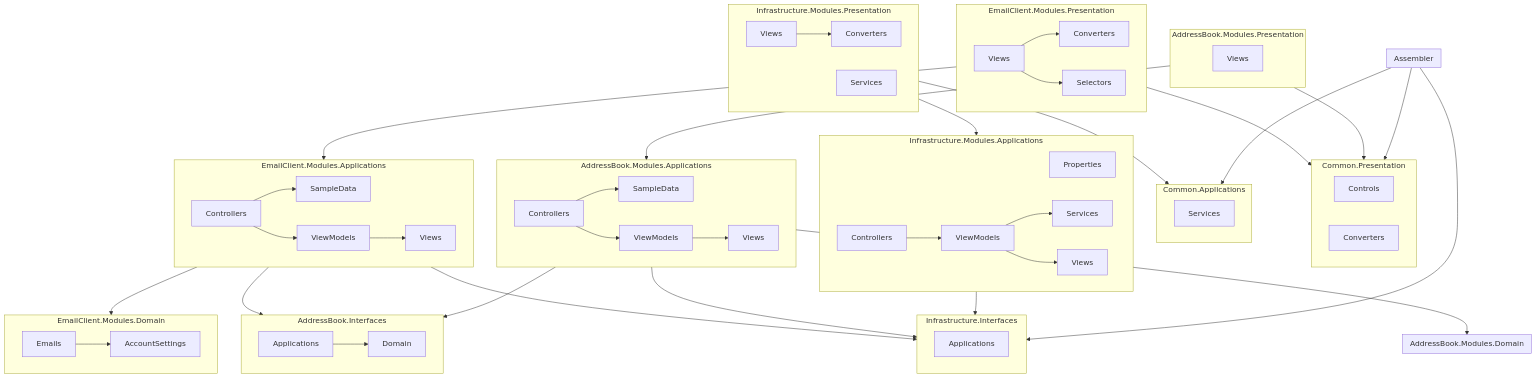
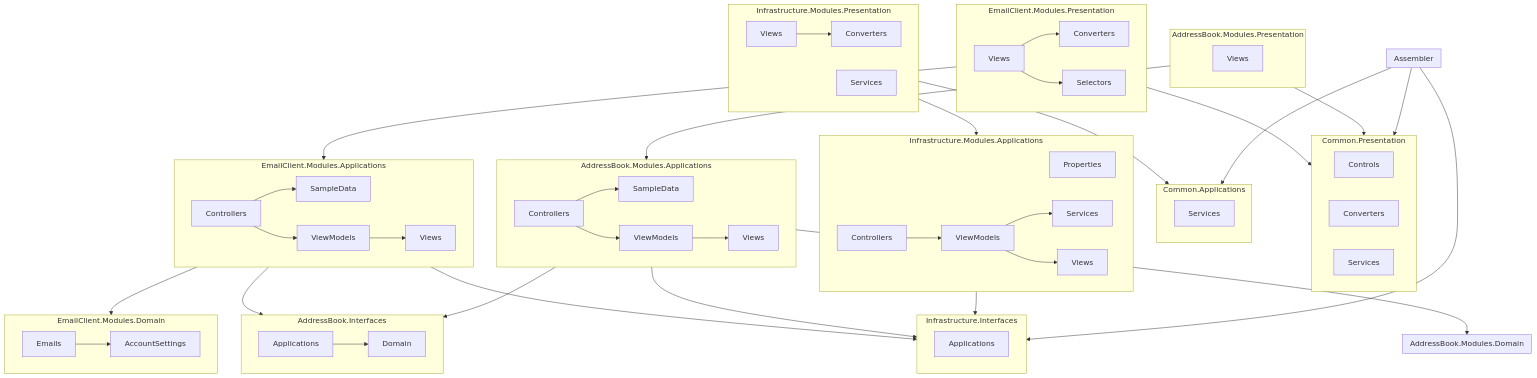
Before and after one commit to jbe2277/waf: the diagram in src/System.Waf/Samples/InformationManager/Architecture.md, drawn with Mermaid. The commit also changed 19 other files, not shown here.

```diff
--- a/src/System.Waf/Samples/InformationManager/Architecture.md
+++ b/src/System.Waf/Samples/InformationManager/Architecture.md
@@ -12,6 +12,7 @@
     direction LR
     CP_CT["Controls"]
     CP_C["Converters"]
+    CP_S["Services"]
   end
 
   subgraph CA["Common.Applications"]
```
